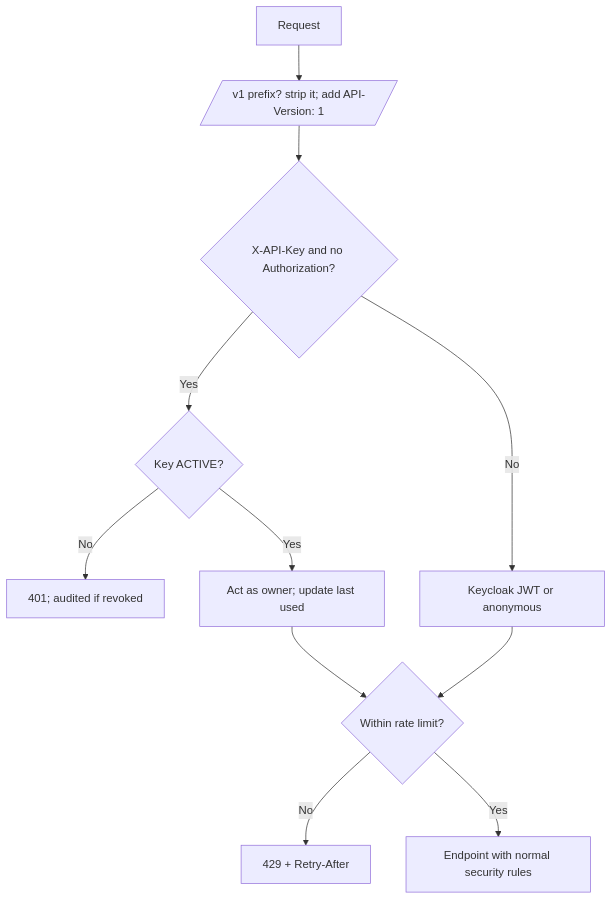
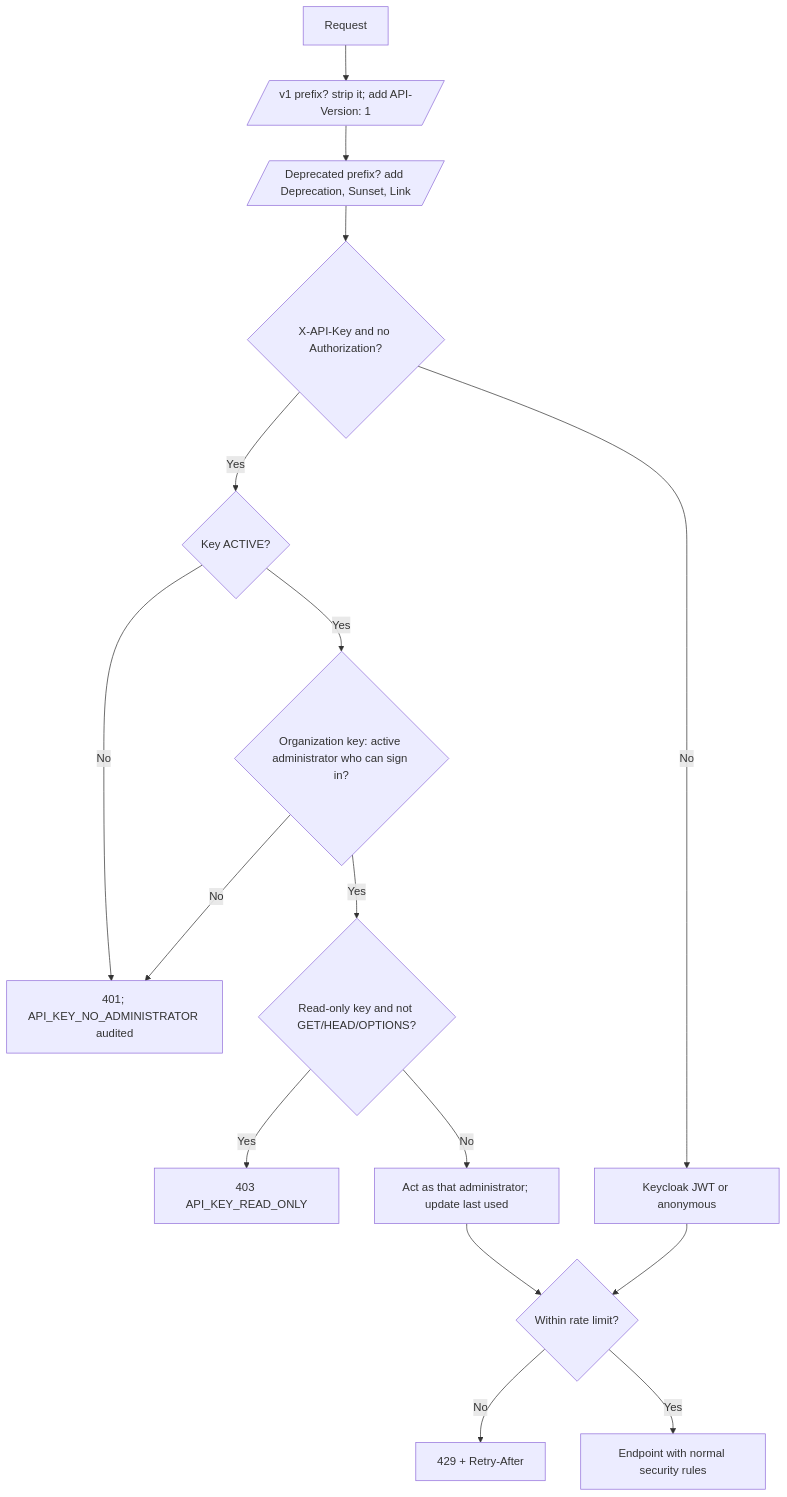
One commit to evyoog/Enterprise-Intelligence-Suite changed the second of 2 diagrams in docs/02-requirements/FRD/api-management/workflow.md. Above: the diagram before and after it, drawn with Mermaid. The commit also changed other lines of this file and 100 other files, not shown here.

First line of the commit message:
Organization-owned API keys, message templates and platform defaults (C92)

````diff
--- a/docs/02-requirements/FRD/api-management/workflow.md
+++ b/docs/02-requirements/FRD/api-management/workflow.md
@@ -14,13 +14,18 @@
 ```mermaid
 flowchart TD
     A[Request] --> V[/v1 prefix? strip it; add API-Version: 1/]
-    V --> K{X-API-Key and no Authorization?}
+    V --> D[/Deprecated prefix? add Deprecation, Sunset, Link/]
+    D --> K{X-API-Key and no Authorization?}
     K -- Yes --> K2{Key ACTIVE?}
     K2 -- No --> R401[401; audited if revoked]
-    K2 -- Yes --> AUTH[Act as owner; update last used]
+    K2 -- Yes --> ADM{Organization key: active administrator who can sign in?}
+    ADM -- No --> R401[401; API_KEY_NO_ADMINISTRATOR audited]
+    ADM -- Yes --> RO{Read-only key and not GET/HEAD/OPTIONS?}
+    RO -- Yes --> R403[403 API_KEY_READ_ONLY]
+    RO -- No --> AUTH[Act as that administrator; update last used]
     K -- No --> J[Keycloak JWT or anonymous]
     AUTH --> RL{Within rate limit?}
     J --> RL
     RL -- No --> R429[429 + Retry-After]
     RL -- Yes --> E[Endpoint with normal security rules]
 ```
````
